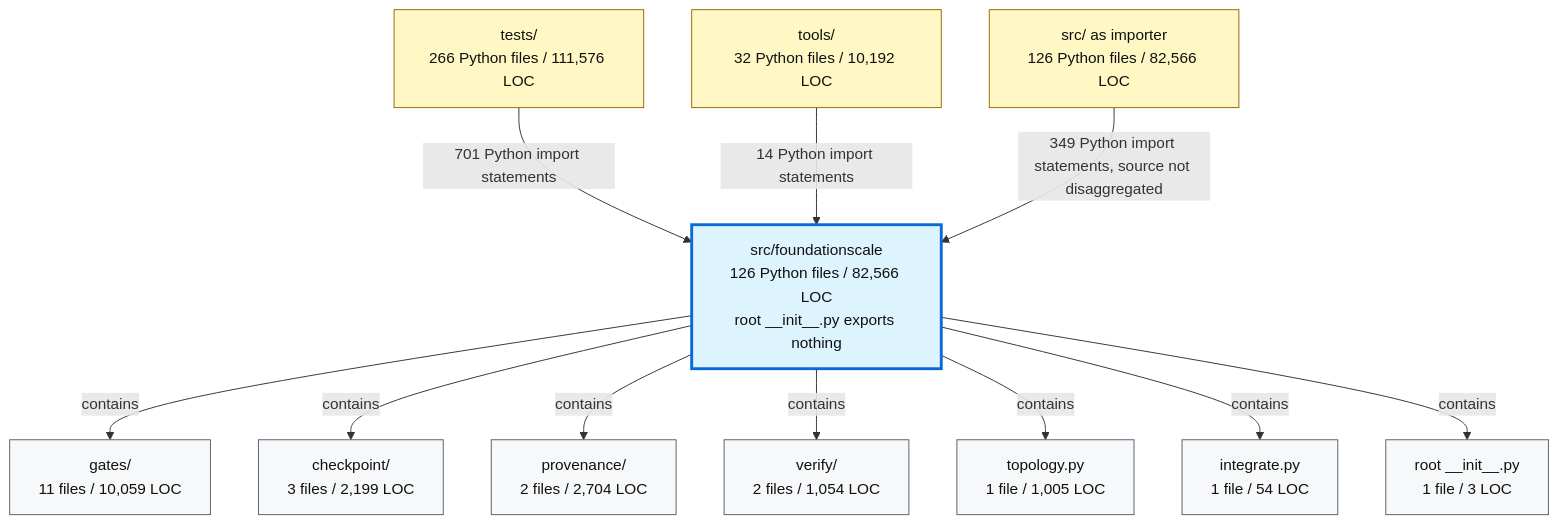
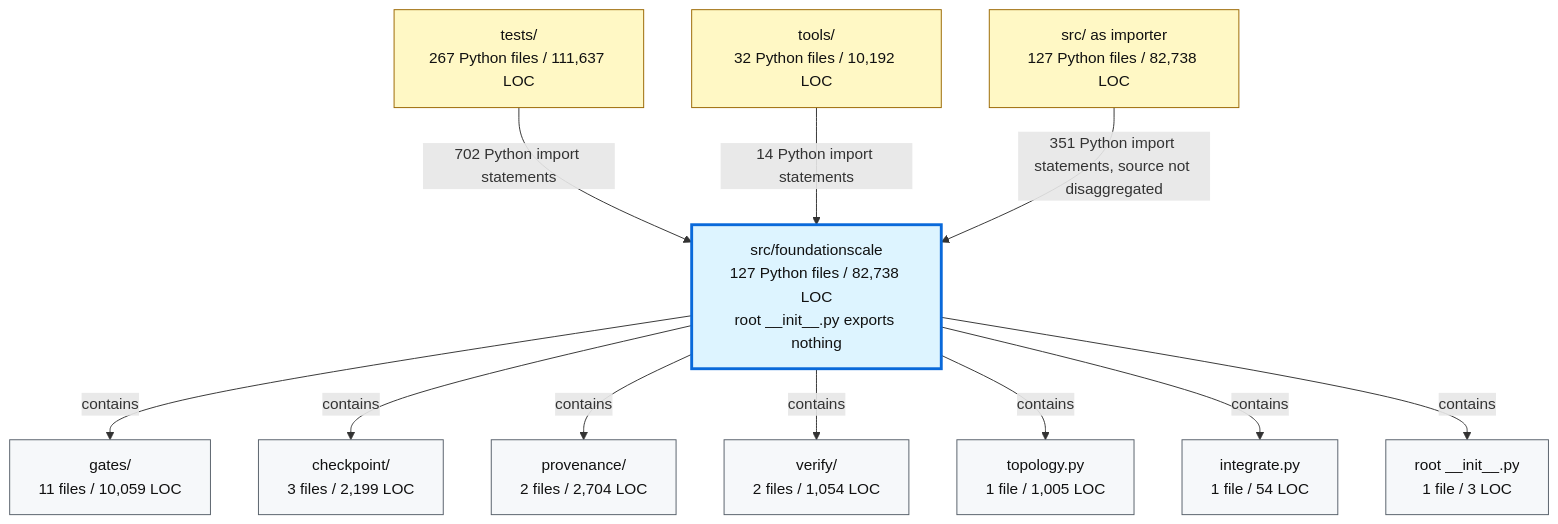
One commit to TranNhiem/FoundationScale changed the second of 2 diagrams in docs/review/D2_current_architecture.md. Above: the diagram before and after it, drawn with Mermaid. The commit also changed other lines of this file and 22 other files, not shown here.

````diff
--- a/docs/review/D2_current_architecture.md
+++ b/docs/review/D2_current_architecture.md
@@ -97,36 +97,36 @@
 ```mermaid
 flowchart TB
-  TESTS["tests/<br/>266 Python files / 111,576 LOC"]
+  TESTS["tests/<br/>267 Python files / 111,637 LOC"]
   TOOLS["tools/<br/>32 Python files / 10,192 LOC"]
-  SRC["src/ as importer<br/>126 Python files / 82,566 LOC"]
+  SRC["src/ as importer<br/>127 Python files / 82,738 LOC"]
 
-  FS["src/foundationscale<br/>126 Python files / 82,566 LOC<br/>root __init__.py exports nothing"]
+  FS["src/foundationscale<br/>127 Python files / 82,738 LOC<br/>root __init__.py exports nothing"]
 
   GATES["gates/<br/>11 files / 10,059 LOC"]
   CKPT["checkpoint/<br/>3 files / 2,199 LOC"]
   PROV["provenance/<br/>2 files / 2,704 LOC"]
   VERIFY["verify/<br/>2 files / 1,054 LOC"]
   TOPO["topology.py<br/>1 file / 1,005 LOC"]
   INTEG["integrate.py<br/>1 file / 54 LOC"]
   ROOT["root __init__.py<br/>1 file / 3 LOC"]
 
-  TESTS -->|"701 Python import statements"| FS
+  TESTS -->|"702 Python import statements"| FS
   TOOLS -->|"14 Python import statements"| FS
-  SRC -->|"349 Python import statements, source not disaggregated"| FS
+  SRC -->|"351 Python import statements, source not disaggregated"| FS
 
   FS -->|"contains"| GATES
   FS -->|"contains"| CKPT
   FS -->|"contains"| PROV
   FS -->|"contains"| VERIFY
   FS -->|"contains"| TOPO
   FS -->|"contains"| INTEG
   FS -->|"contains"| ROOT
 
   classDef consumer fill:#fff8c5,stroke:#9a6700,color:#111;
   classDef package fill:#ddf4ff,stroke:#0969da,stroke-width:3px,color:#111;
   classDef module fill:#f6f8fa,stroke:#57606a,color:#111;
 
   class TESTS,TOOLS,SRC consumer;
   class FS package;
   class GATES,CKPT,PROV,VERIFY,TOPO,INTEG,ROOT module;
 ```
````
